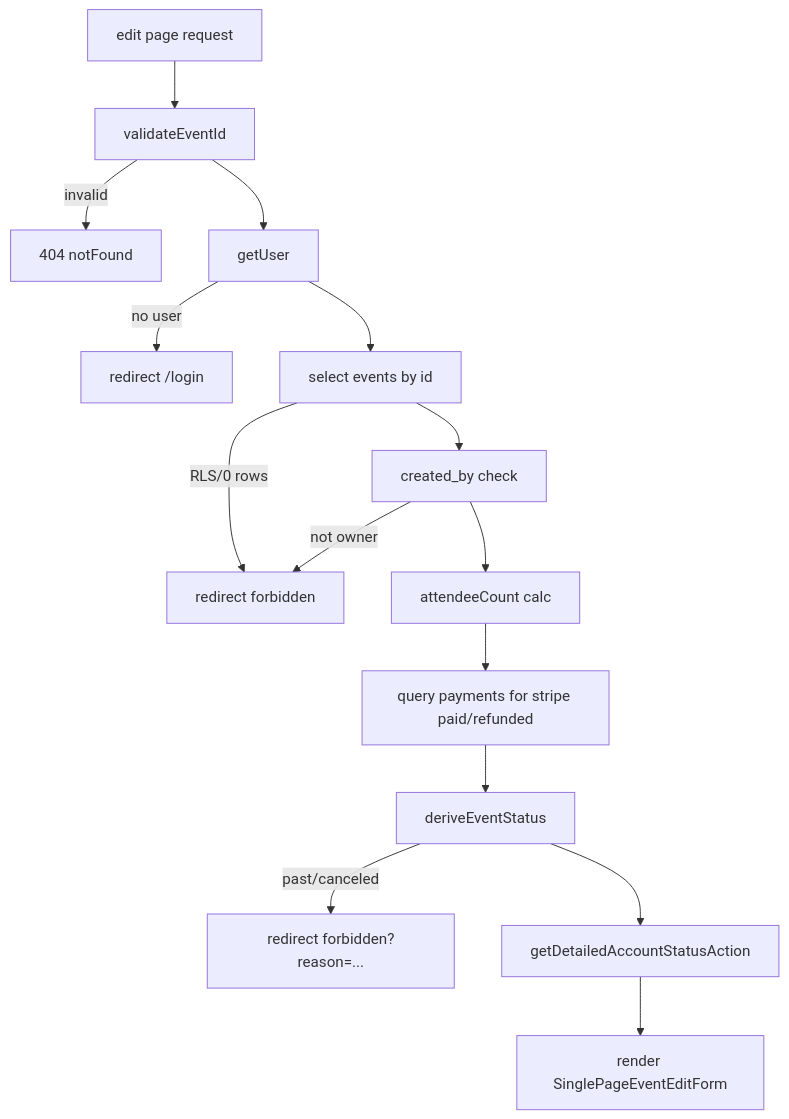
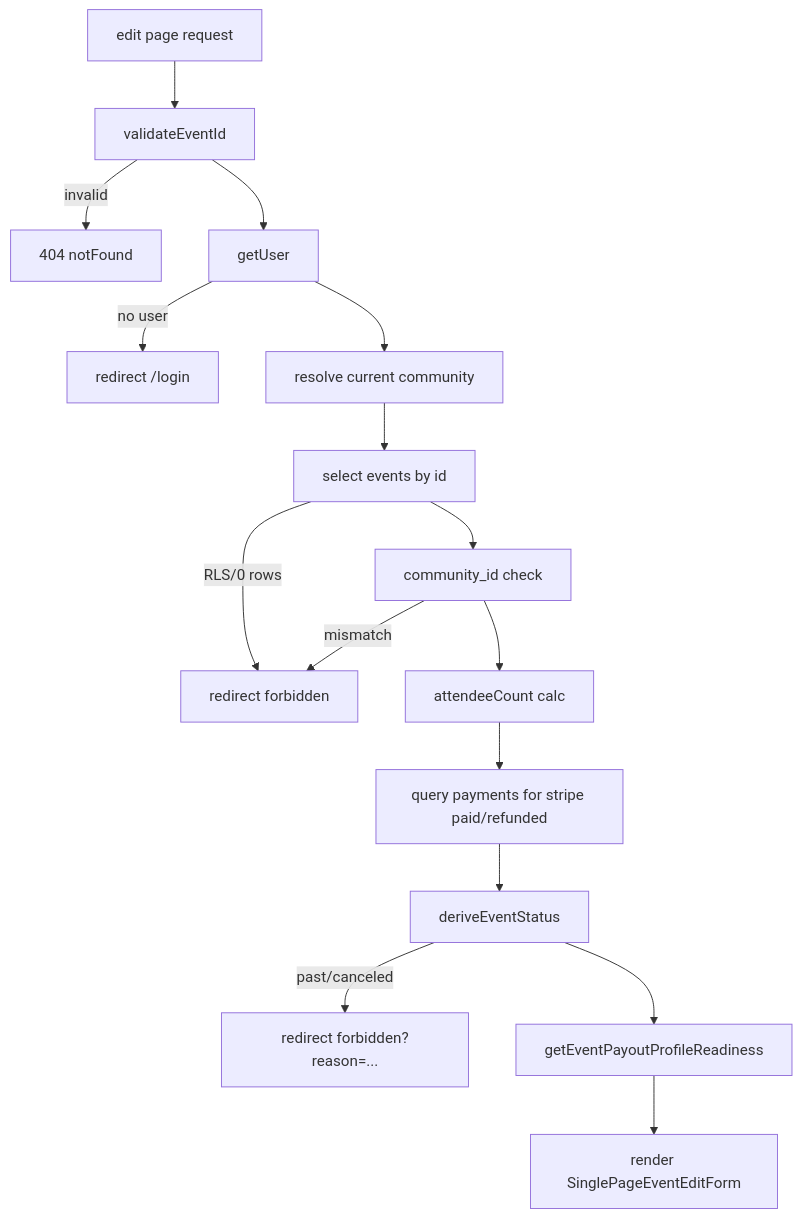
One commit to rytkhs/event-pay changed the first of 2 diagrams in core/domain/event-edit-restrictions/README.md. Above: the diagram before and after it, drawn with Mermaid. The commit also changed other lines of this file and 17 other files, not shown here.

Commit message:
CC-08-03 owner 向けイベント mutation と Stripe 利用制約の community 化 #398

````diff
--- a/core/domain/event-edit-restrictions/README.md
+++ b/core/domain/event-edit-restrictions/README.md
@@ -86,17 +86,18 @@
 ```mermaid
 flowchart TD
   A[edit page request] --> B[validateEventId]
   B -->|invalid| Z1[404 notFound]
   B --> C[getUser]
   C -->|no user| Z2[redirect /login]
-  C --> D[select events by id]
-  D -->|RLS/0 rows| Z3[redirect forbidden]
-  D --> E[created_by check]
-  E -->|not owner| Z3
-  E --> F[attendeeCount calc]
-  F --> G[query payments for stripe paid/refunded]
-  G --> H[deriveEventStatus]
-  H -->|past/canceled| Z3b[redirect forbidden?reason=...]
-  H --> I[getDetailedAccountStatusAction]
-  I --> J[render SinglePageEventEditForm]
+  C --> D[resolve current community]
+  D --> E[select events by id]
+  E -->|RLS/0 rows| Z3[redirect forbidden]
+  E --> F[community_id check]
+  F -->|mismatch| Z3
+  F --> G[attendeeCount calc]
+  G --> H[query payments for stripe paid/refunded]
+  H --> I[deriveEventStatus]
+  I -->|past/canceled| Z3b[redirect forbidden?reason=...]
+  I --> J[getEventPayoutProfileReadiness]
+  J --> K[render SinglePageEventEditForm]
 ```
````
